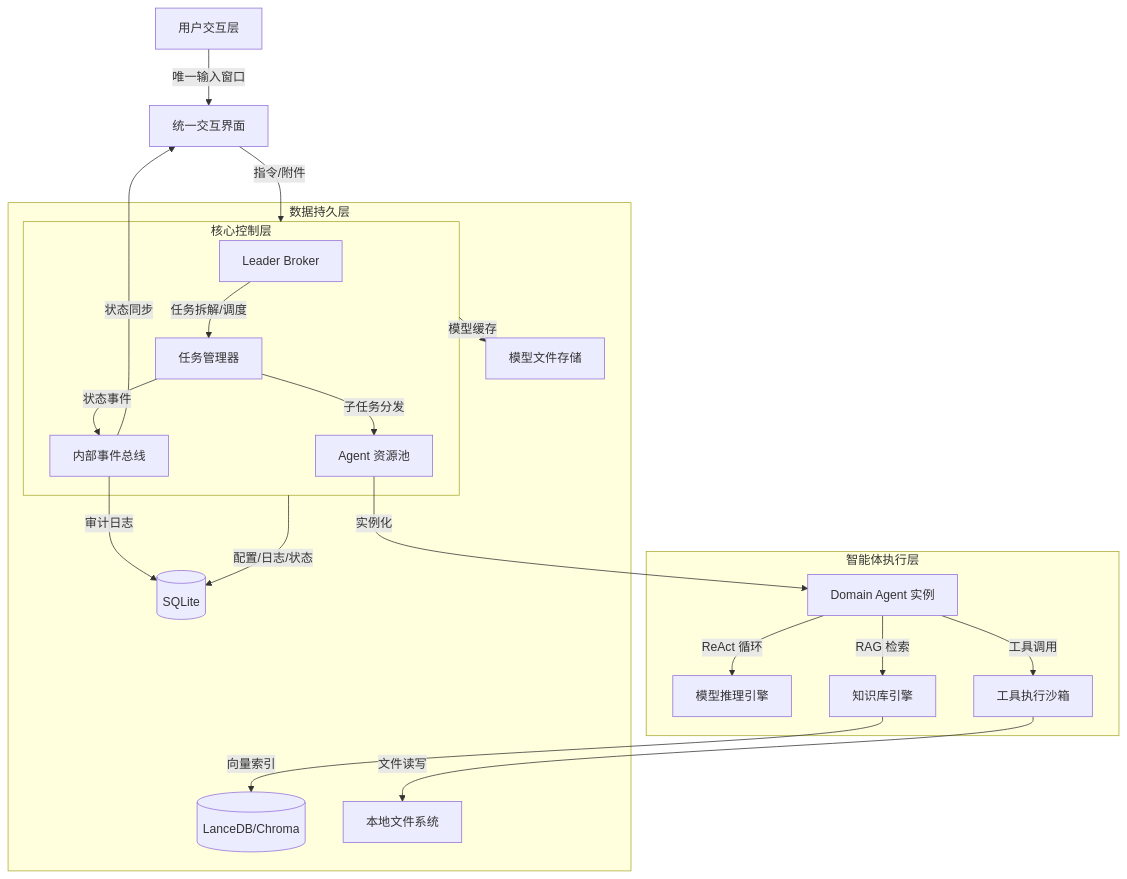
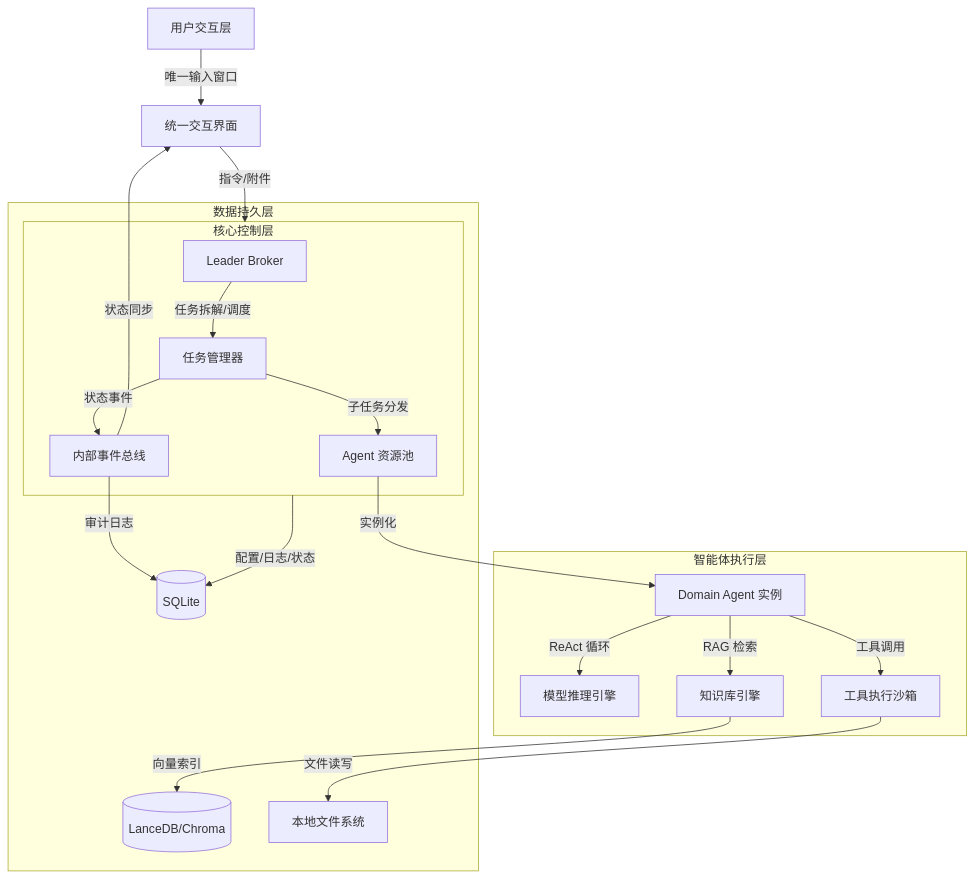
The first of 2 diagrams in docs/Agent 开发文档/03-技术分析.md (ivanzwb/coobot), drawn with Mermaid before and after one commit. The commit also changed other lines of this file and 25 other files, not shown here.

````diff
--- a/docs/Agent 开发文档/03-技术分析.md
+++ b/docs/Agent 开发文档/03-技术分析.md
@@ -17,28 +17,27 @@
 ```mermaid
 graph TD
     User[用户交互层] -->|唯一输入窗口 | UI[统一交互界面]
     UI -->|指令/附件 | Core[核心控制层]
 
     subgraph Core [核心控制层]
         LB[Leader Broker] -->|任务拆解/调度 | TaskMgr[任务管理器]
         TaskMgr -->|状态事件 | EventBus[内部事件总线]
         TaskMgr -->|子任务分发 | AgentPool[Agent 资源池]
     end
 
     subgraph Agents [智能体执行层]
         AgentPool -->|实例化 | DA[Domain Agent 实例]
         DA -->|ReAct 循环 | Brain[模型推理引擎]
         DA -->|工具调用 | ToolExec[工具执行沙箱]
         DA -->|RAG 检索 | KBEngine[知识库引擎]
     end
 
     subgraph Data [数据持久层]
         KBEngine -->|向量索引 | VecDB[(LanceDB/Chroma)]
         ToolExec -->|文件读写 | FileSystem[本地文件系统]
         Core -->|配置/日志/状态 | RelDB[(SQLite)]
-        Core -->|模型缓存 | ModelStore[模型文件存储]
     end
 
     EventBus -->|状态同步 | UI
     EventBus -->|审计日志 | RelDB
 ```
````
